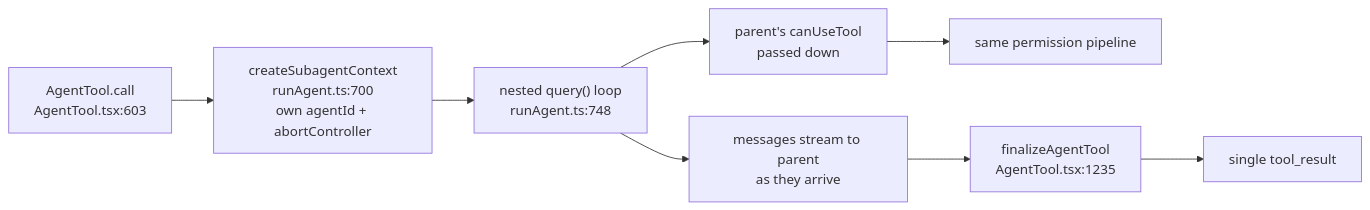
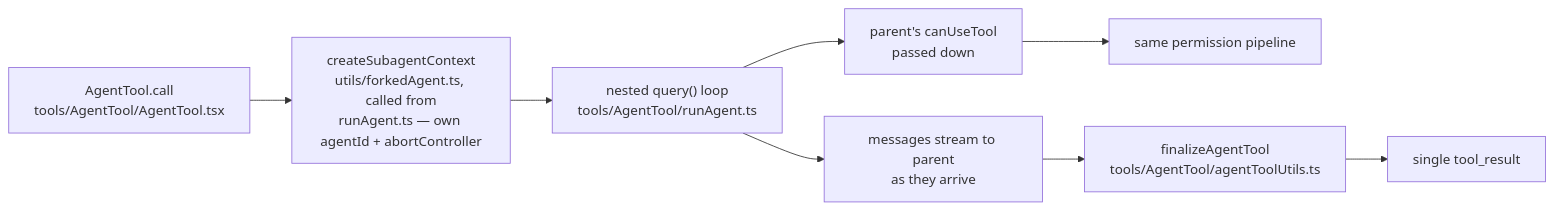
One commit to cristianizzo/axa-chat changed the seventh of 8 diagrams in docs/ARCHITECTURE.md. Above: the diagram before and after it, drawn with Mermaid. The commit also changed other lines of this file, not shown here.

First line of the commit message:
docs: cite ARCHITECTURE.md by name instead of by line number

````diff
--- a/docs/ARCHITECTURE.md
+++ b/docs/ARCHITECTURE.md
@@ -317,10 +477,10 @@
 ```mermaid
 flowchart LR
-    A["AgentTool.call<br/>AgentTool.tsx:603"] --> B["createSubagentContext<br/>runAgent.ts:700<br/>own agentId + abortController"]
-    B --> C["nested query() loop<br/>runAgent.ts:748"]
+    A["AgentTool.call<br/>tools/AgentTool/AgentTool.tsx"] --> B["createSubagentContext<br/>utils/forkedAgent.ts, called from<br/>runAgent.ts — own agentId + abortController"]
+    B --> C["nested query() loop<br/>tools/AgentTool/runAgent.ts"]
     C --> D["parent's canUseTool<br/>passed down"]
     D --> E["same permission pipeline"]
     C --> F["messages stream to parent<br/>as they arrive"]
-    F --> G["finalizeAgentTool<br/>AgentTool.tsx:1235"]
+    F --> G["finalizeAgentTool<br/>tools/AgentTool/agentToolUtils.ts"]
     G --> H["single tool_result"]
 ```
````
